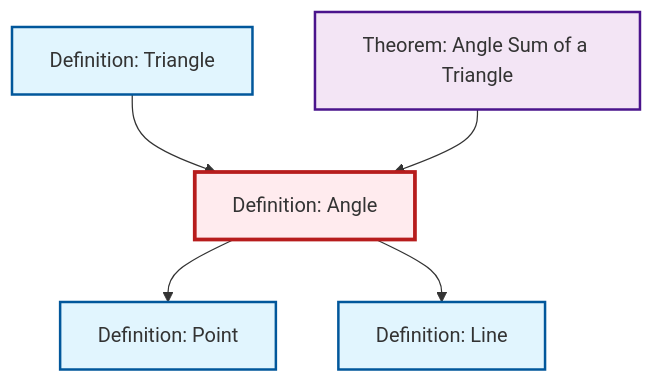
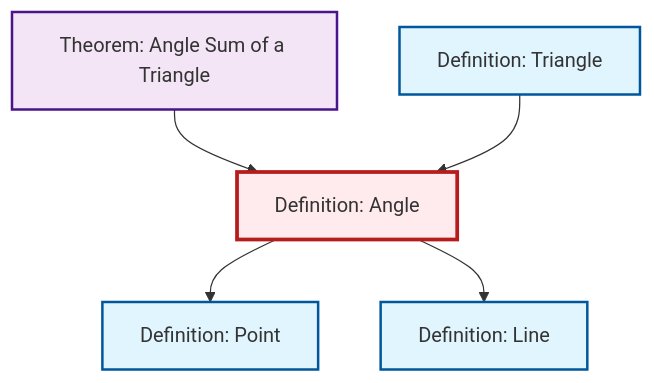
Before and after one commit to RK0429/ModernMath: the diagram in output/mermaid/def-angle.mermaid, drawn with Mermaid. The commit also changed other lines of this file and 1181 other files, not shown here.

```diff
--- a/output/mermaid/def-angle.mermaid
+++ b/output/mermaid/def-angle.mermaid
@@ -1,17 +1,17 @@
 %%| fig-cap: "Local dependency graph"
 graph TD
     classDef definition fill:#e1f5fe,stroke:#01579b,stroke-width:2px
     classDef theorem fill:#f3e5f5,stroke:#4a148c,stroke-width:2px
     classDef axiom fill:#fff3e0,stroke:#e65100,stroke-width:2px
     classDef example fill:#e8f5e9,stroke:#1b5e20,stroke-width:2px
     classDef current fill:#ffebee,stroke:#b71c1c,stroke-width:3px
+    def-line["Definition: Line"]:::definition
+    def-triangle["Definition: Triangle"]:::definition
+    thm-angle-sum-triangle["Theorem: Angle Sum of a Triangle"]:::theorem
     def-point["Definition: Point"]:::definition
-    def-line["Definition: Line"]:::definition
-    thm-angle-sum-triangle["Theorem: Angle Sum of a Triangle"]:::theorem
-    def-triangle["Definition: Triangle"]:::definition
     def-angle["Definition: Angle"]:::definition
+    def-angle --> def-point
+    def-angle --> def-line
+    thm-angle-sum-triangle --> def-angle
     def-triangle --> def-angle
-    def-angle --> def-point
-    thm-angle-sum-triangle --> def-angle
-    def-angle --> def-line
     class def-angle current
```
